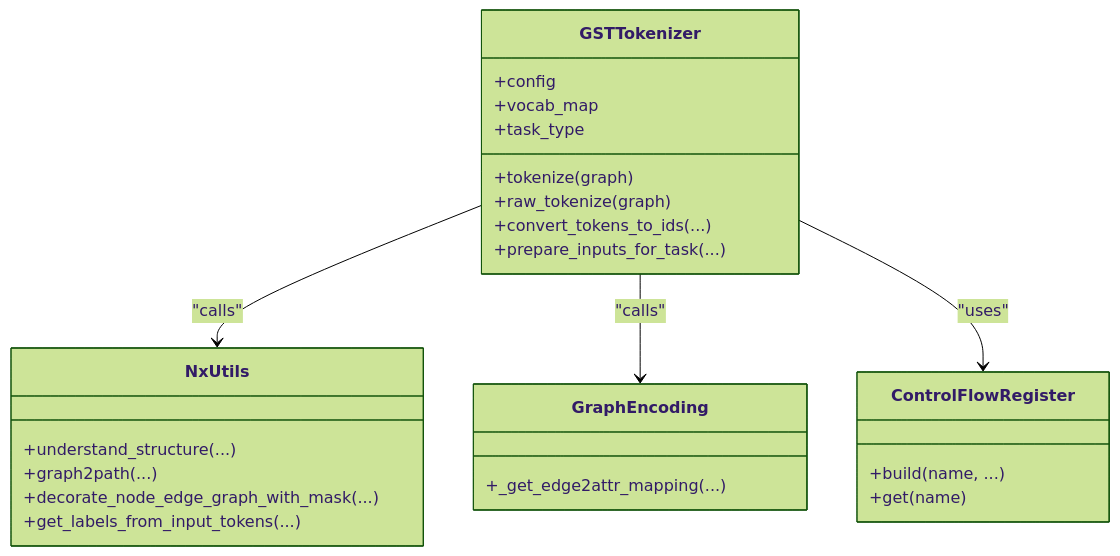
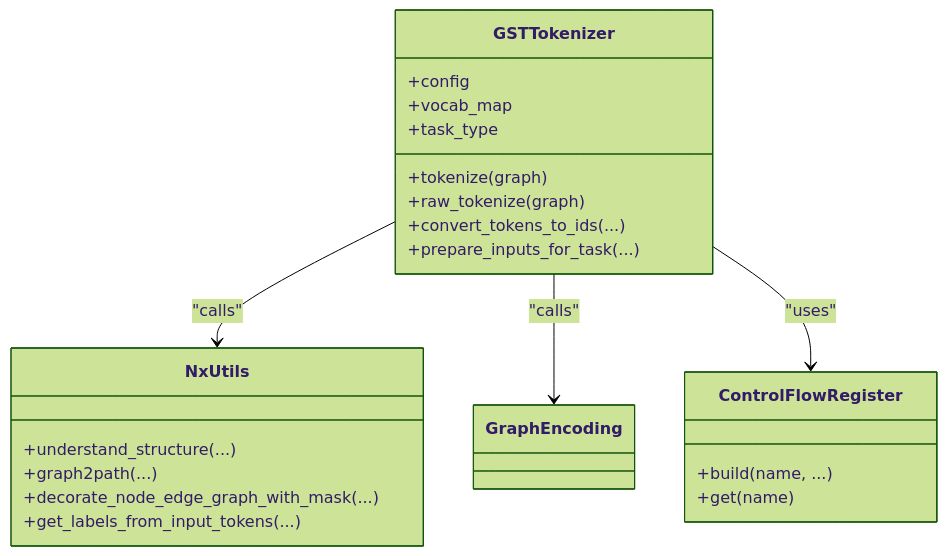
Before and after one commit to alibaba/graph-gpt: the seventh of 8 diagrams in .qoder/repowiki/en/content/Tokenization System/Graph Utilities Integration.md, drawn with Mermaid (forest theme). The commit also changed other lines of this file and 3 other files, not shown here.

````diff
--- a/.qoder/repowiki/en/content/Tokenization System/Graph Utilities Integration.md
+++ b/.qoder/repowiki/en/content/Tokenization System/Graph Utilities Integration.md
@@ -332,28 +336,25 @@
 ```mermaid
 classDiagram
 class GSTTokenizer {
 +config
 +vocab_map
 +task_type
 +tokenize(graph)
 +raw_tokenize(graph)
 +convert_tokens_to_ids(...)
 +prepare_inputs_for_task(...)
 }
 class ControlFlowRegister {
 +build(name, ...)
 +get(name)
 }
 class NxUtils {
 +understand_structure(...)
 +graph2path(...)
 +decorate_node_edge_graph_with_mask(...)
 +get_labels_from_input_tokens(...)
 }
-class GraphEncoding {
-+_get_edge2attr_mapping(...)
-}
 GSTTokenizer --> NxUtils : "calls"
 GSTTokenizer --> GraphEncoding : "calls"
 GSTTokenizer --> ControlFlowRegister : "uses"
 ```
````
